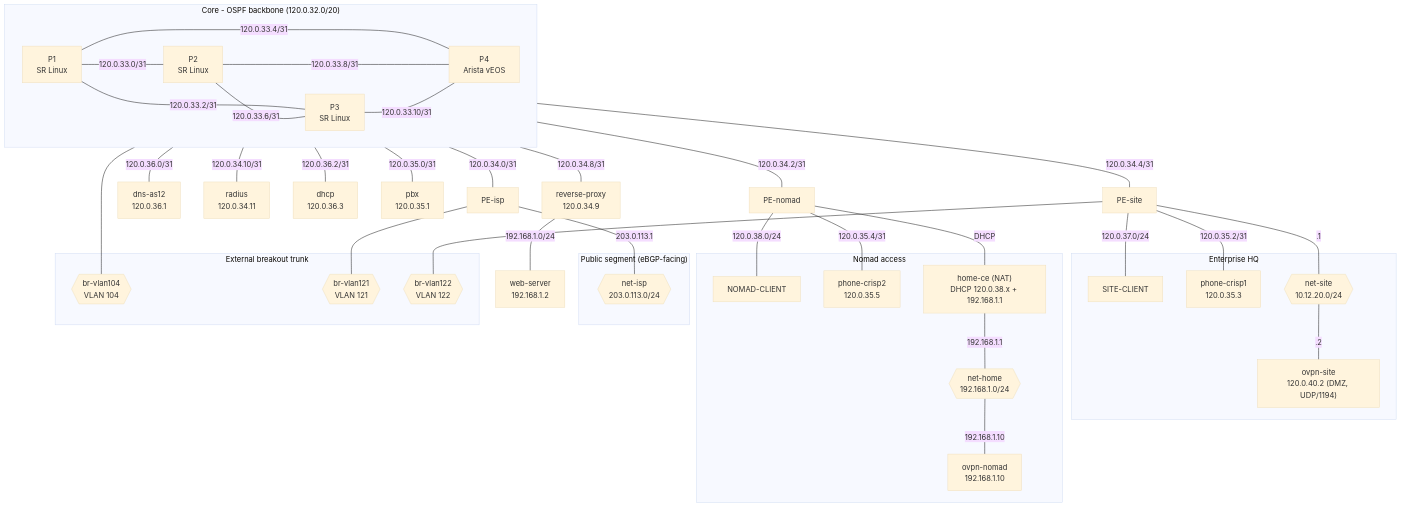
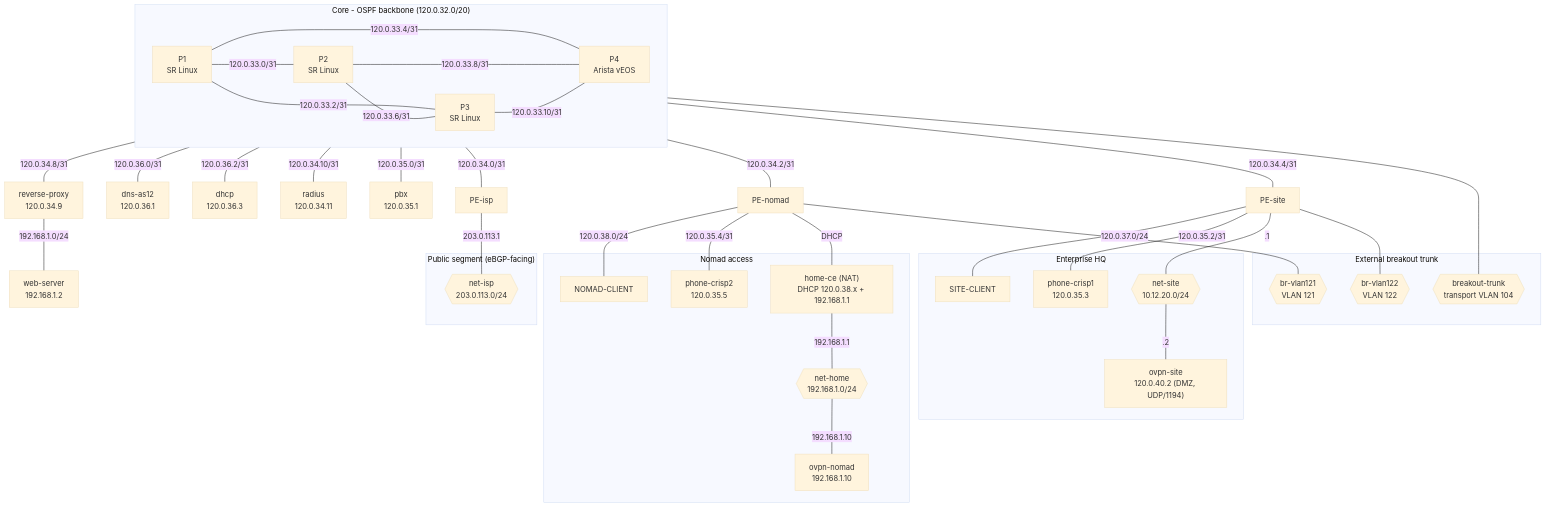
One commit to yfgrepcat/CrISP changed the first of 2 diagrams in README.md. Above: the diagram before and after it, drawn with Mermaid. The commit also changed other lines of this file and 7 other files, not shown here.

````diff
--- a/README.md
+++ b/README.md
@@ -110,78 +120,78 @@
 ```mermaid
 %%{init: {'theme': 'base', 'themeVariables': {'fontSize': '16px'}}}%%
 flowchart TB
   subgraph CORE["Core - OSPF backbone (120.0.32.0/20)"]
     direction LR
     P1["P1<br/>SR Linux"]
     P2["P2<br/>SR Linux"]
     P3["P3<br/>SR Linux"]
     P4["P4<br/>Arista vEOS"]
     P1 ---|"120.0.33.0/31"| P2
     P1 ---|"120.0.33.2/31"| P3
     P1 ---|"120.0.33.4/31"| P4
     P2 ---|"120.0.33.6/31"| P3
     P2 ---|"120.0.33.8/31"| P4
     P3 ---|"120.0.33.10/31"| P4
   end
 
   %% --- services directly on the core ---
   RP["reverse-proxy<br/>120.0.34.9"]
   WEB["web-server<br/>192.168.1.2"]
   DNS["dns-as12<br/>120.0.36.1"]
   RADIUS["radius<br/>120.0.34.11"]
   DHCP["dhcp<br/>120.0.36.3"]
   PBX["pbx<br/>120.0.35.1"]
   P1 ---|"120.0.34.8/31"| RP
   RP ---|"192.168.1.0/24"| WEB
   P1 ---|"120.0.36.0/31"| DNS
   P1 ---|"120.0.36.2/31"| DHCP
   P2 ---|"120.0.34.10/31"| RADIUS
   P4 ---|"120.0.35.0/31"| PBX
 
   %% --- PE routers ---
   P1 ---|"120.0.34.0/31"| PEisp["PE-isp"]
   P2 ---|"120.0.34.2/31"| PEnomad["PE-nomad"]
   P3 ---|"120.0.34.4/31"| PEsite["PE-site"]
 
   %% --- HQ site (net-site) ---
   subgraph HQ["Enterprise HQ"]
     SITEC["SITE-CLIENT"]
     PHs["phone-crisp1<br/>120.0.35.3"]
     NETSITE{{"net-site<br/>10.12.20.0/24"}}
     OVPNs["ovpn-site<br/>120.0.40.2 (DMZ, UDP/1194)"]
   end
   PEsite ---|"120.0.37.0/24"| SITEC
   PEsite ---|"120.0.35.2/31"| PHs
   PEsite ---|".1"| NETSITE
   NETSITE ---|".2"| OVPNs
 
   %% --- residential access ---
   subgraph RES["Nomad access"]
     NOMADC["NOMAD-CLIENT"]
     PHn["phone-crisp2<br/>120.0.35.5"]
     HOMECE["home-ce (NAT)<br/>DHCP 120.0.38.x + 192.168.1.1"]
     NETHOME{{"net-home<br/>192.168.1.0/24"}}
     OVPNn["ovpn-nomad<br/>192.168.1.10"]
   end
   PEnomad ---|"120.0.38.0/24"| NOMADC
   PEnomad ---|"120.0.35.4/31"| PHn
   PEnomad ---|"DHCP"| HOMECE
   HOMECE ---|"192.168.1.1"| NETHOME
   NETHOME ---|"192.168.1.10"| OVPNn
 
   %% --- eBGP-facing public segment (no VPN traffic here) ---
   subgraph NET["Public segment (eBGP-facing)"]
     NETISP{{"net-isp<br/>203.0.113.0/24"}}
   end
   PEisp ---|"203.0.113.1"| NETISP
 
   %% --- external breakout trunk ---
   subgraph TRUNK["External breakout trunk"]
-    BR104{{"br-vlan104<br/>VLAN 104"}}
+    BR104{{"breakout-trunk<br/>transport VLAN 104"}}
     BR121{{"br-vlan121<br/>VLAN 121"}}
     BR122{{"br-vlan122<br/>VLAN 122"}}
   end
   P4 --- BR104
-  PEisp --- BR121
+  PEnomad --- BR121
   PEsite --- BR122
 ```
````
